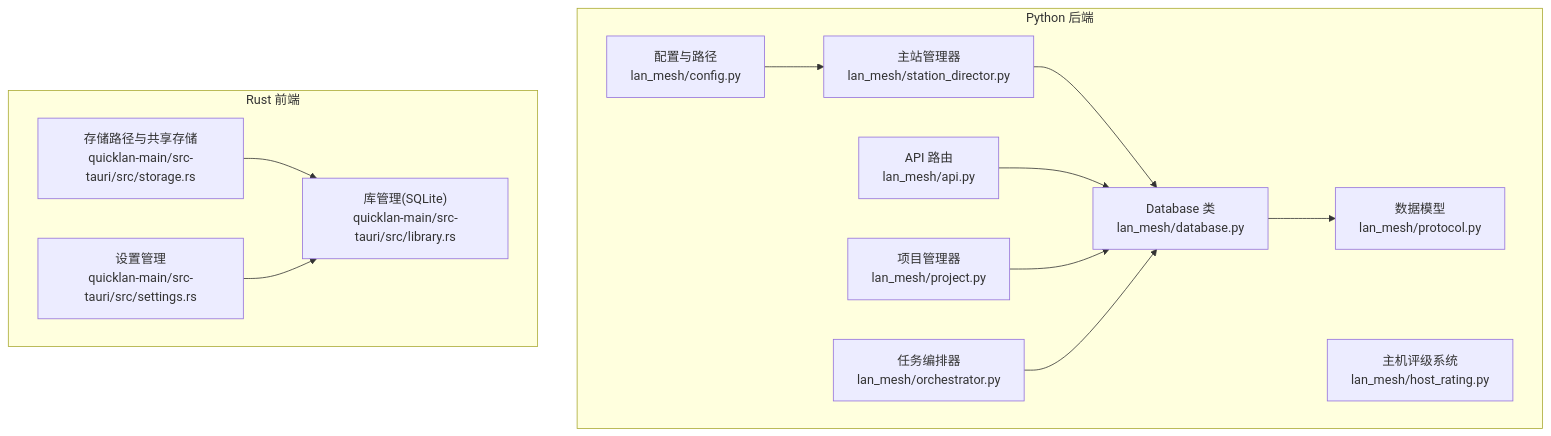
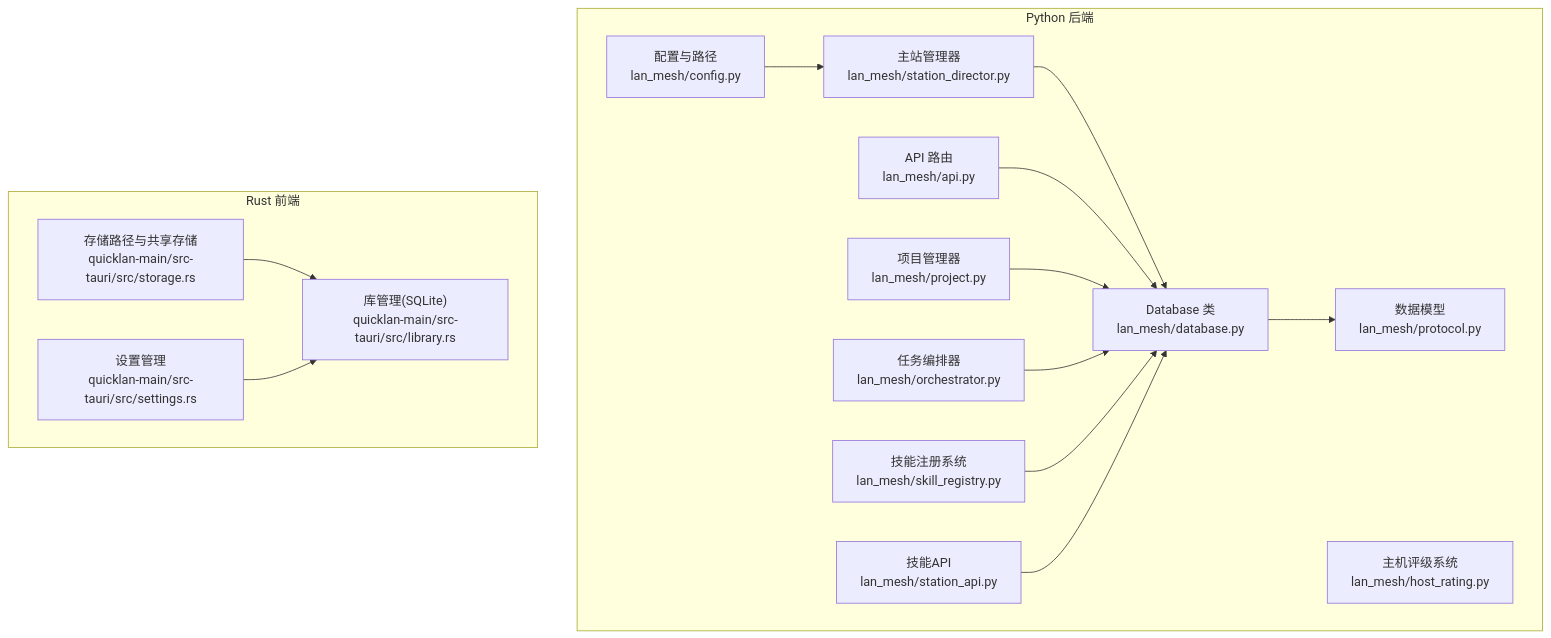
One commit to targalian/Personal-distributed-workstation changed the first of 5 diagrams in .qoder/repowiki/zh/content/核心模块/数据库设计.md. Above: the diagram before and after it, drawn with Mermaid. The commit also changed other lines of this file and 92 other files, not shown here.

````diff
--- a/.qoder/repowiki/zh/content/核心模块/数据库设计.md
+++ b/.qoder/repowiki/zh/content/核心模块/数据库设计.md
@@ -59,26 +69,30 @@
 ```mermaid
 graph TB
 subgraph "Python 后端"
 DB["Database 类<br/>lan_mesh/database.py"]
 Proto["数据模型<br/>lan_mesh/protocol.py"]
 Cfg["配置与路径<br/>lan_mesh/config.py"]
 API["API 路由<br/>lan_mesh/api.py"]
 StationDir["主站管理器<br/>lan_mesh/station_director.py"]
 HostRating["主机评级系统<br/>lan_mesh/host_rating.py"]
 ProjectMgr["项目管理器<br/>lan_mesh/project.py"]
 Orchestrator["任务编排器<br/>lan_mesh/orchestrator.py"]
+SkillReg["技能注册系统<br/>lan_mesh/skill_registry.py"]
+SkillAPI["技能API<br/>lan_mesh/station_api.py"]
 end
 subgraph "Rust 前端"
 Storage["存储路径与共享存储<br/>quicklan-main/src-tauri/src/storage.rs"]
 Settings["设置管理<br/>quicklan-main/src-tauri/src/settings.rs"]
 Lib["库管理(SQLite)<br/>quicklan-main/src-tauri/src/library.rs"]
 end
 StationDir --> DB
 API --> DB
 DB --> Proto
 Cfg --> StationDir
 ProjectMgr --> DB
 Orchestrator --> DB
+SkillReg --> DB
+SkillAPI --> DB
 Storage --> Lib
 Settings --> Lib
 ```
````
